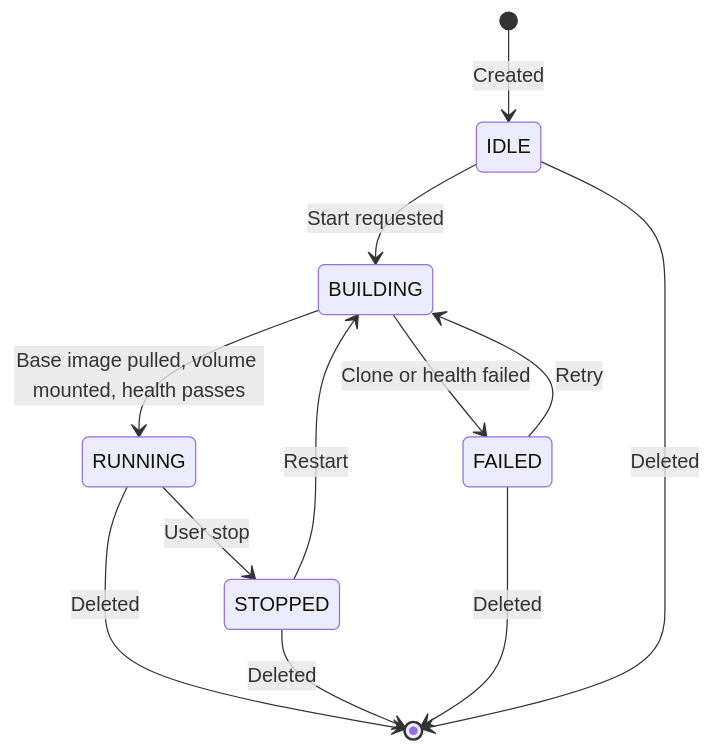
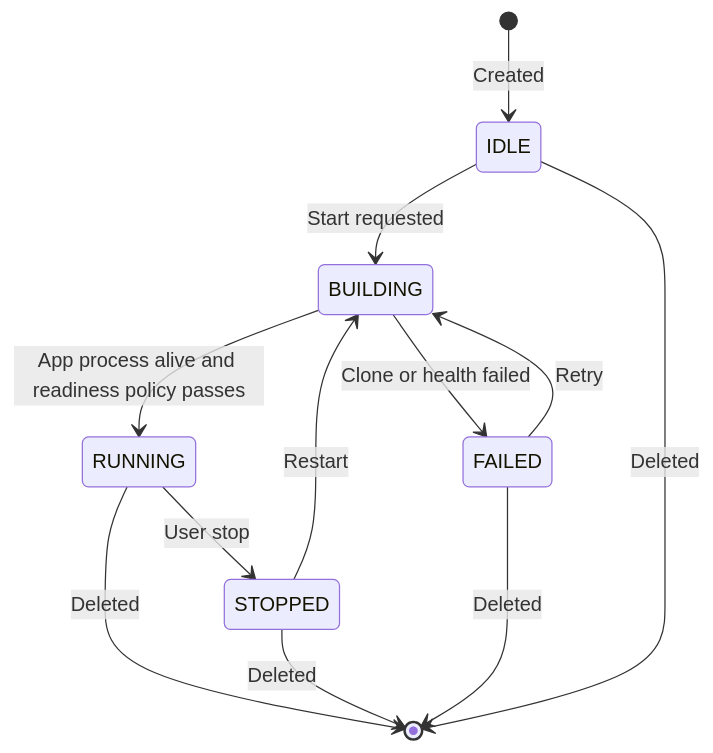
The third of 3 diagrams in docs/ARCHITECTURE.md (AyushCN/api-sandbox), drawn with Mermaid before and after one commit. The commit also changed other lines of this file and 23 other files, not shown here.

````diff
--- a/docs/ARCHITECTURE.md
+++ b/docs/ARCHITECTURE.md
@@ -72,14 +72,14 @@
 ```mermaid
 stateDiagram-v2
     [*] --> IDLE : Created
     IDLE --> BUILDING : Start requested
-    BUILDING --> RUNNING : Base image pulled, volume mounted, health passes
+    BUILDING --> RUNNING : App process alive and readiness policy passes
     BUILDING --> FAILED : Clone or health failed
     RUNNING --> STOPPED : User stop
     STOPPED --> BUILDING : Restart
     FAILED --> BUILDING : Retry
     RUNNING --> [*] : Deleted
     STOPPED --> [*] : Deleted
     FAILED --> [*] : Deleted
     IDLE --> [*] : Deleted
 ```
````
